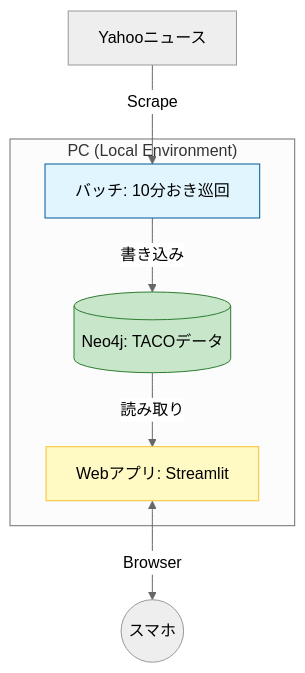
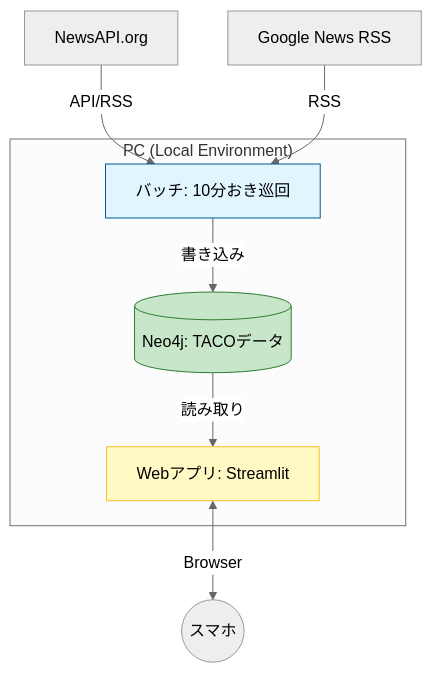
Before and after one commit to melonnext/TAKOSystem: the diagram in documents/TACO_PoC_Requirement.md, drawn with Mermaid (neutral theme). The commit also changed other lines of this file, not shown here.

Commit message:
Yahoo関連記述を削除しNewsAPI.org/Google News RSSに統一

````diff
--- a/documents/TACO_PoC_Requirement.md
+++ b/documents/TACO_PoC_Requirement.md
@@ -11,14 +11,15 @@
 ```mermaid
 graph TD
 subgraph "PC (Local Environment)"
 Crawler[バッチ: 10分おき巡回] -->|書き込み| DB[(Neo4j: TACOデータ)]
 DB -->|読み取り| WebApp[Webアプリ: Streamlit]
 end
 
-Yahoo[Yahooニュース] -->|Scrape| Crawler
+NewsAPI[NewsAPI.org] -->|API/RSS| Crawler
+GoogleNews[Google News RSS] -->|RSS| Crawler
 WebApp <-->|Browser| Mobile((スマホ))
 
 style Crawler fill:#e1f5fe,stroke:#01579b
 style WebApp fill:#fff9c4,stroke:#fbc02d
 style DB fill:#c8e6c9,stroke:#2e7d32
 ```
````
